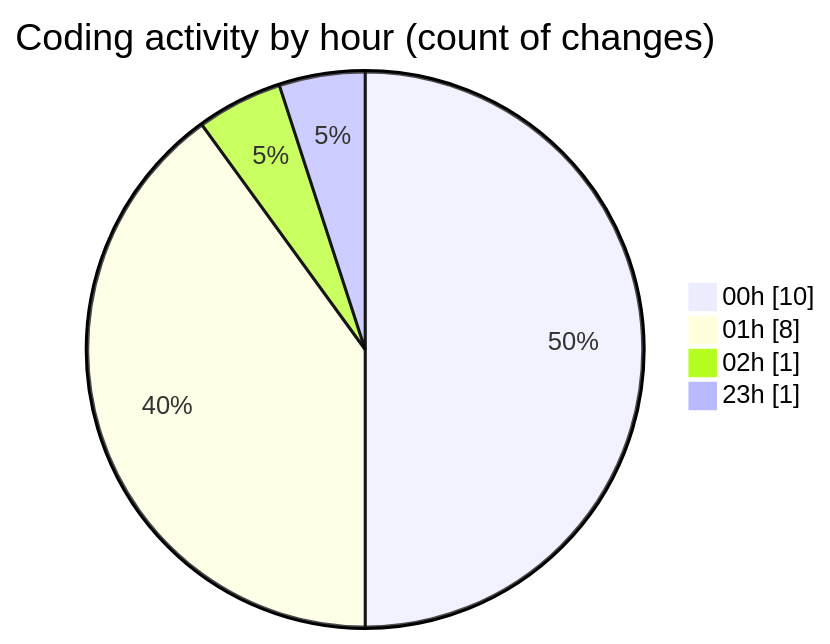
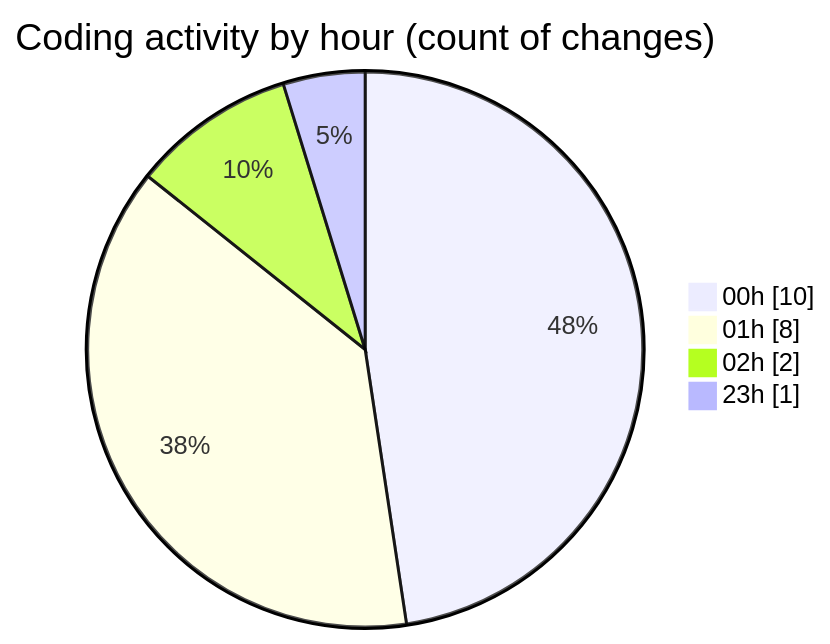
The second of 2 diagrams in 2026-02-09/singularitybrainai/README.md (tmsrecording-cyber/code-tracking), drawn with Mermaid before and after one commit. The commit also changed other lines of this file and 1 other file, not shown here.

````diff
--- a/2026-02-09/singularitybrainai/README.md
+++ b/2026-02-09/singularitybrainai/README.md
@@ -29,8 +29,8 @@
 ```mermaid
 pie showData
 title Coding activity by hour (count of changes)
 "00h" : 10
 "01h" : 8
-"02h" : 1
+"02h" : 2
 "23h" : 1
 ```
````
